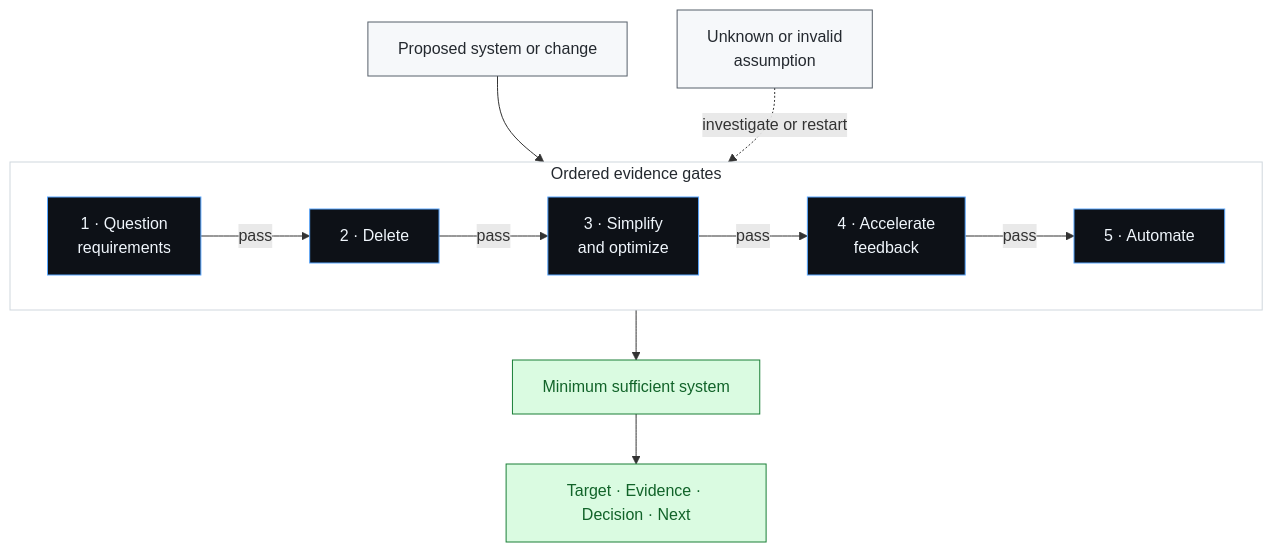
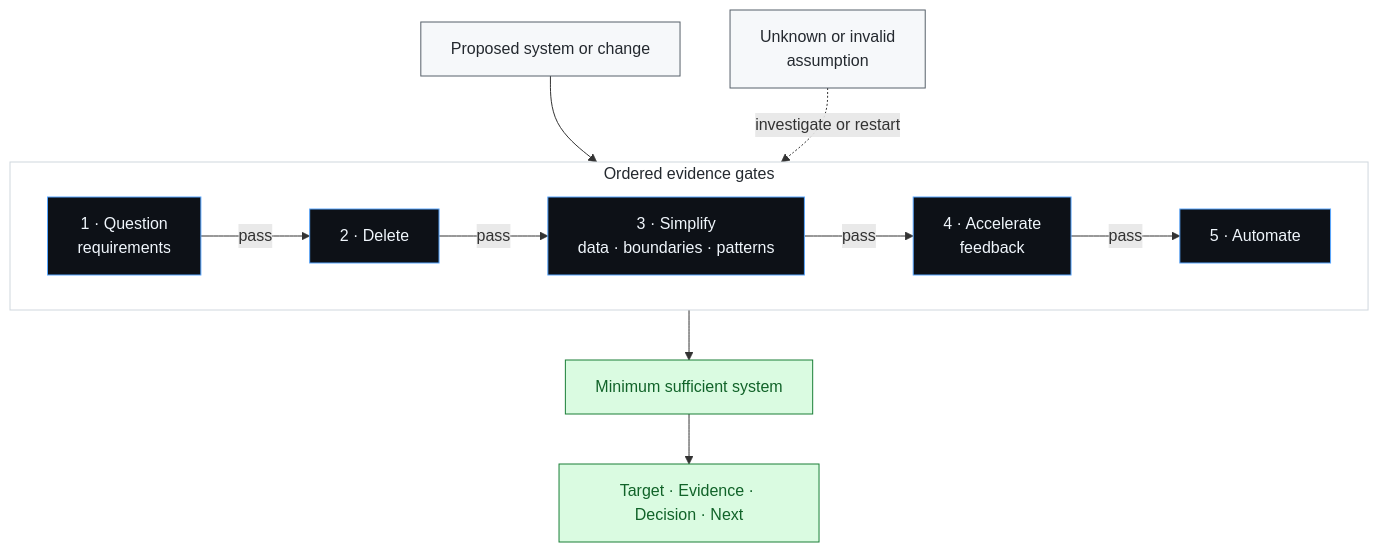
Before and after one commit to ZepinLi/five-step-engineering: the diagram in README.md, drawn with Mermaid. The commit also changed other lines of this file and 2 other files, not shown here.

````diff
--- a/README.md
+++ b/README.md
@@ -9,23 +12,23 @@
 ```mermaid
 flowchart TB
     I["Proposed system or change"]
     subgraph P["Ordered evidence gates"]
         direction LR
         Q["1 · Question<br/>requirements"] -->|"pass"| D["2 · Delete"]
-        D -->|"pass"| S["3 · Simplify<br/>and optimize"]
+        D -->|"pass"| S["3 · Simplify<br/>data · boundaries · patterns"]
         S -->|"pass"| C["4 · Accelerate<br/>feedback"]
         C -->|"pass"| A["5 · Automate"]
     end
     I --> Q
     A --> O["Minimum sufficient system"]
     O --> R["Target · Evidence · Decision · Next"]
     U["Unknown or invalid<br/>assumption"] -. "investigate or restart" .-> Q
 
     classDef input fill:#f6f8fa,stroke:#57606a,color:#24292f;
     classDef gate fill:#0d1117,stroke:#58a6ff,color:#f0f6fc;
     classDef result fill:#dafbe1,stroke:#1a7f37,color:#116329;
     class I,U input;
     class Q,D,S,C,A gate;
     class O,R result;
     style P fill:#ffffff,stroke:#d0d7de,color:#24292f;
 ```
````
